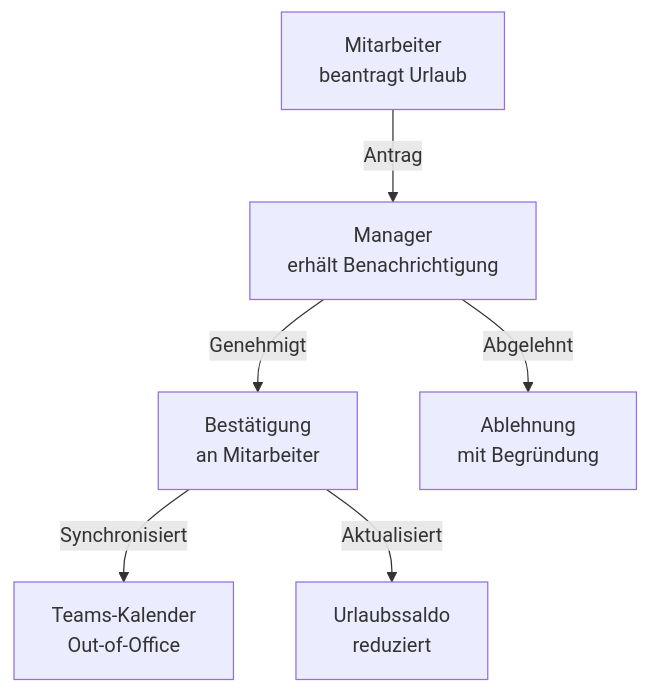
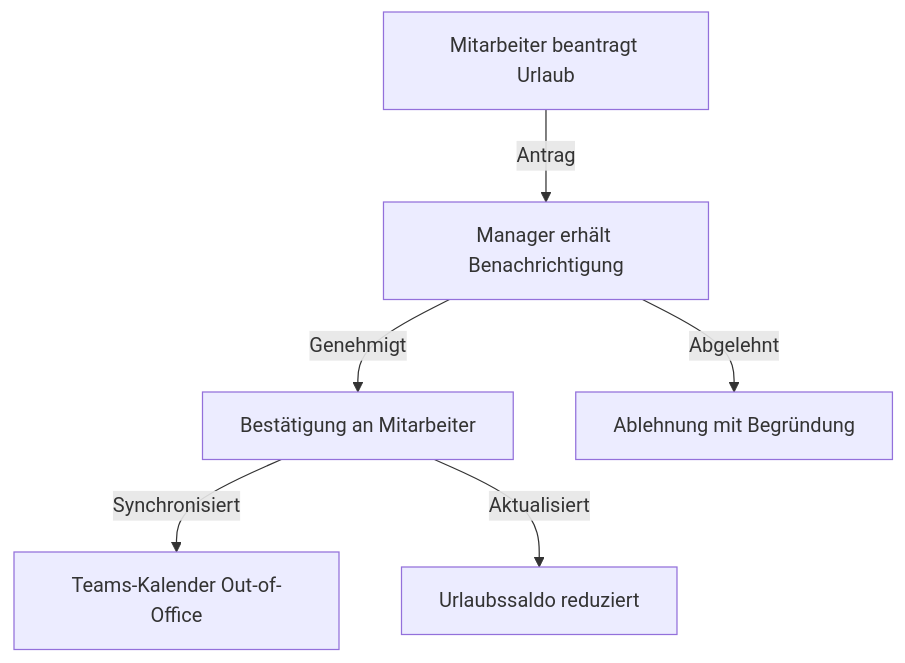
One commit to SoniiiT/notes-n-docs changed the third of 6 diagrams in Microsoft 365/Dynamics 365/Dynamics 365 HR.md. Above: the diagram before and after it, drawn with Mermaid. The commit also changed other lines of this file and 124 other files, not shown here.

First line of the commit message:
fix: Entferne \n aus allen Mermaid-Diagrammen (125 Dateien)

````diff
--- a/Microsoft 365/Dynamics 365/Dynamics 365 HR.md
+++ b/Microsoft 365/Dynamics 365/Dynamics 365 HR.md
@@ -102,8 +102,8 @@
 ```mermaid
 graph TD
-    EMP5[Mitarbeiter\nbeantragt Urlaub] -->|Antrag| MAN[Manager\nerhält Benachrichtigung]
-    MAN -->|Genehmigt| CONF[Bestätigung\nan Mitarbeiter]
-    MAN -->|Abgelehnt| NOTIF[Ablehnung\nmit Begründung]
-    CONF -->|Synchronisiert| CAL[Teams-Kalender\nOut-of-Office]
-    CONF -->|Aktualisiert| BAL[Urlaubssaldo\nreduziert]
+    EMP5[Mitarbeiter beantragt Urlaub] -->|Antrag| MAN[Manager erhält Benachrichtigung]
+    MAN -->|Genehmigt| CONF[Bestätigung an Mitarbeiter]
+    MAN -->|Abgelehnt| NOTIF[Ablehnung mit Begründung]
+    CONF -->|Synchronisiert| CAL[Teams-Kalender Out-of-Office]
+    CONF -->|Aktualisiert| BAL[Urlaubssaldo reduziert]
 ```
````
